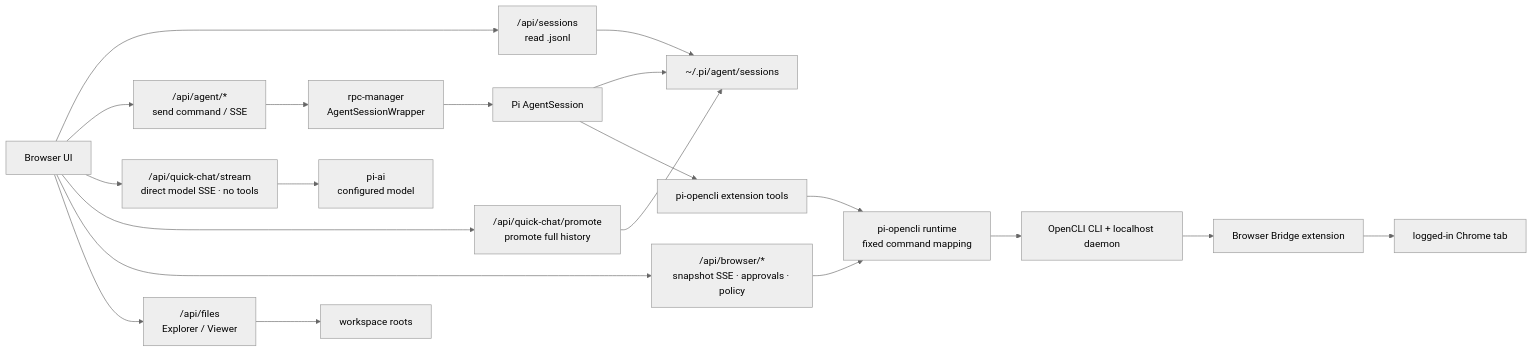
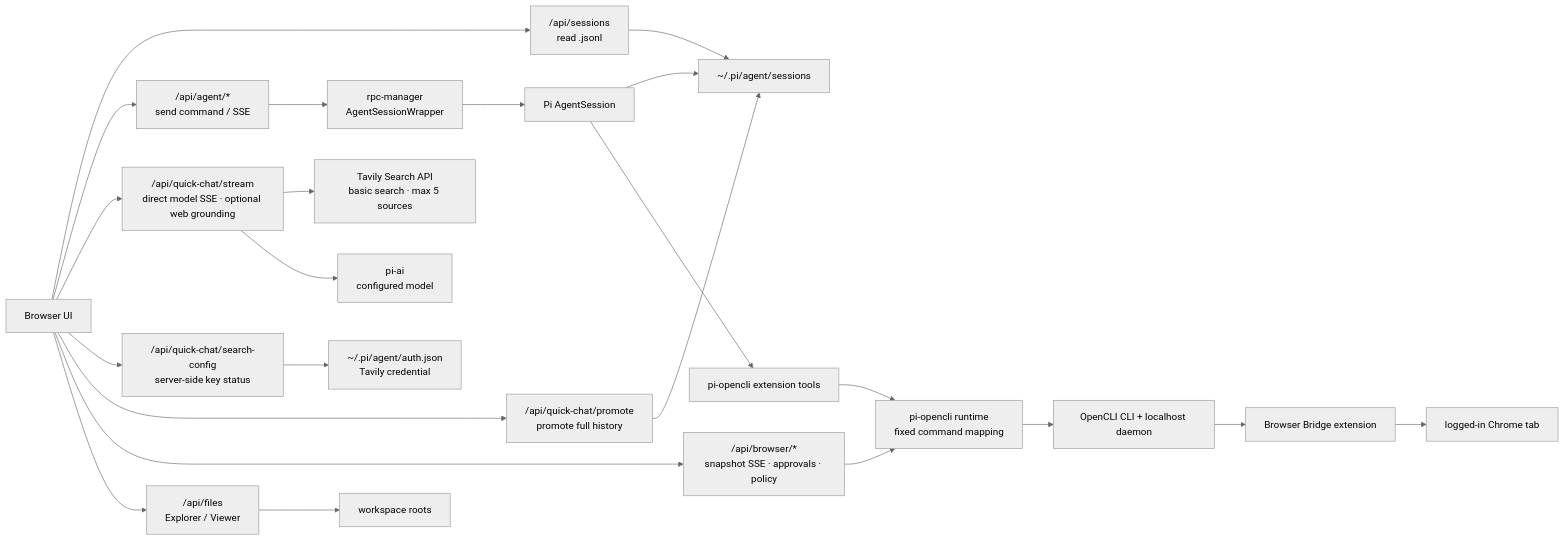
The diagram in README.md (linky-fan/pi-web-seeker), drawn with Mermaid (neutral theme) before and after one commit. The commit also changed other lines of this file and 9 other files, not shown here.

Commit message:
feat: add quick chat web search

````diff
--- a/README.md
+++ b/README.md
@@ -150,22 +150,25 @@
 ```mermaid
 flowchart LR
   Browser["Browser UI"] --> SessionsApi["/api/sessions<br/>read .jsonl"]
   Browser --> AgentApi["/api/agent/*<br/>send command / SSE"]
   SessionsApi --> SessionFiles["~/.pi/agent/sessions"]
   AgentApi --> RpcManager["rpc-manager<br/>AgentSessionWrapper"]
   RpcManager --> PiAgent["Pi AgentSession"]
   PiAgent --> SessionFiles
-  Browser --> QuickChatApi["/api/quick-chat/stream<br/>direct model SSE · no tools"]
+  Browser --> QuickChatApi["/api/quick-chat/stream<br/>direct model SSE · optional web grounding"]
+  QuickChatApi --> Tavily["Tavily Search API<br/>basic search · max 5 sources"]
   QuickChatApi --> ConfiguredModel["pi-ai<br/>configured model"]
+  Browser --> QuickChatSearchConfig["/api/quick-chat/search-config<br/>server-side key status"]
+  QuickChatSearchConfig --> AuthStore["~/.pi/agent/auth.json<br/>Tavily credential"]
   Browser --> QuickChatPromote["/api/quick-chat/promote<br/>promote full history"]
   QuickChatPromote --> SessionFiles
   Browser --> BrowserApi["/api/browser/*<br/>snapshot SSE · approvals · policy"]
   BrowserApi --> OpenCliRuntime["pi-opencli runtime<br/>fixed command mapping"]
   PiAgent --> BrowserTools["pi-opencli extension tools"]
   BrowserTools --> OpenCliRuntime
   OpenCliRuntime --> OpenCli["OpenCLI CLI + localhost daemon"]
   OpenCli --> ChromeBridge["Browser Bridge extension"]
   ChromeBridge --> ControlledChrome["logged-in Chrome tab"]
   Browser --> FilesApi["/api/files<br/>Explorer / Viewer"]
   FilesApi --> Workspace["workspace roots"]
 ```
````
